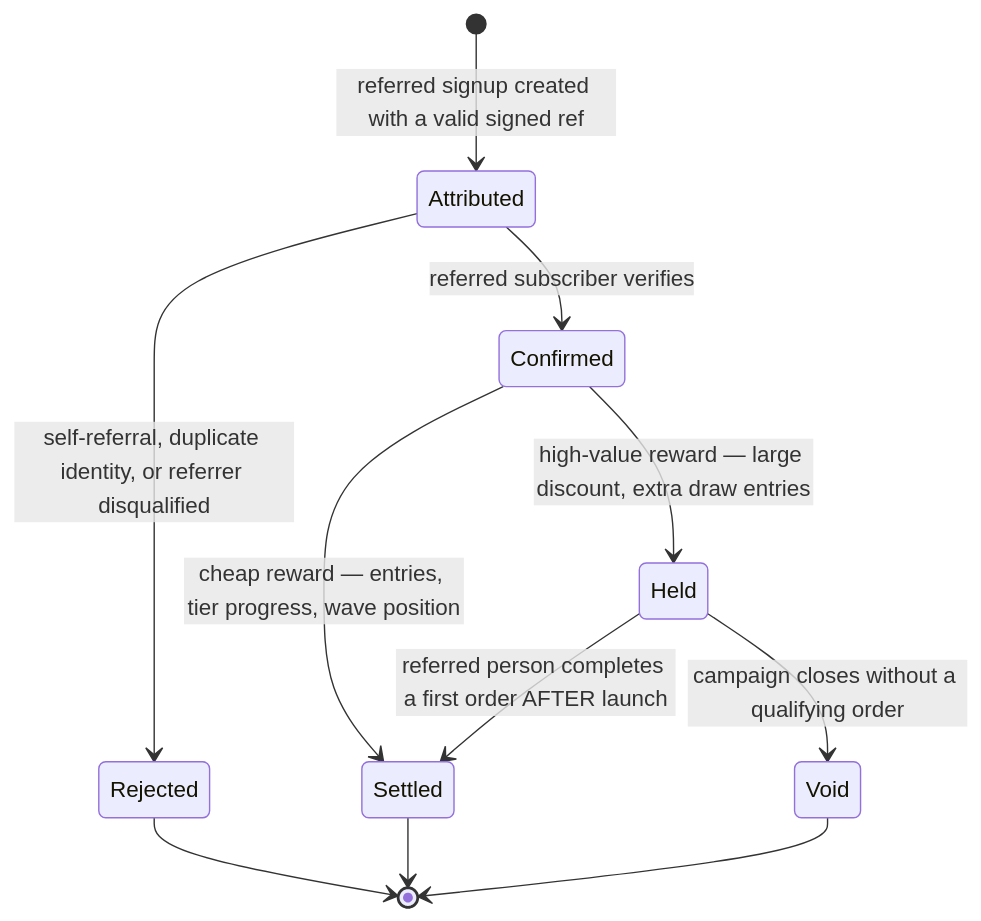
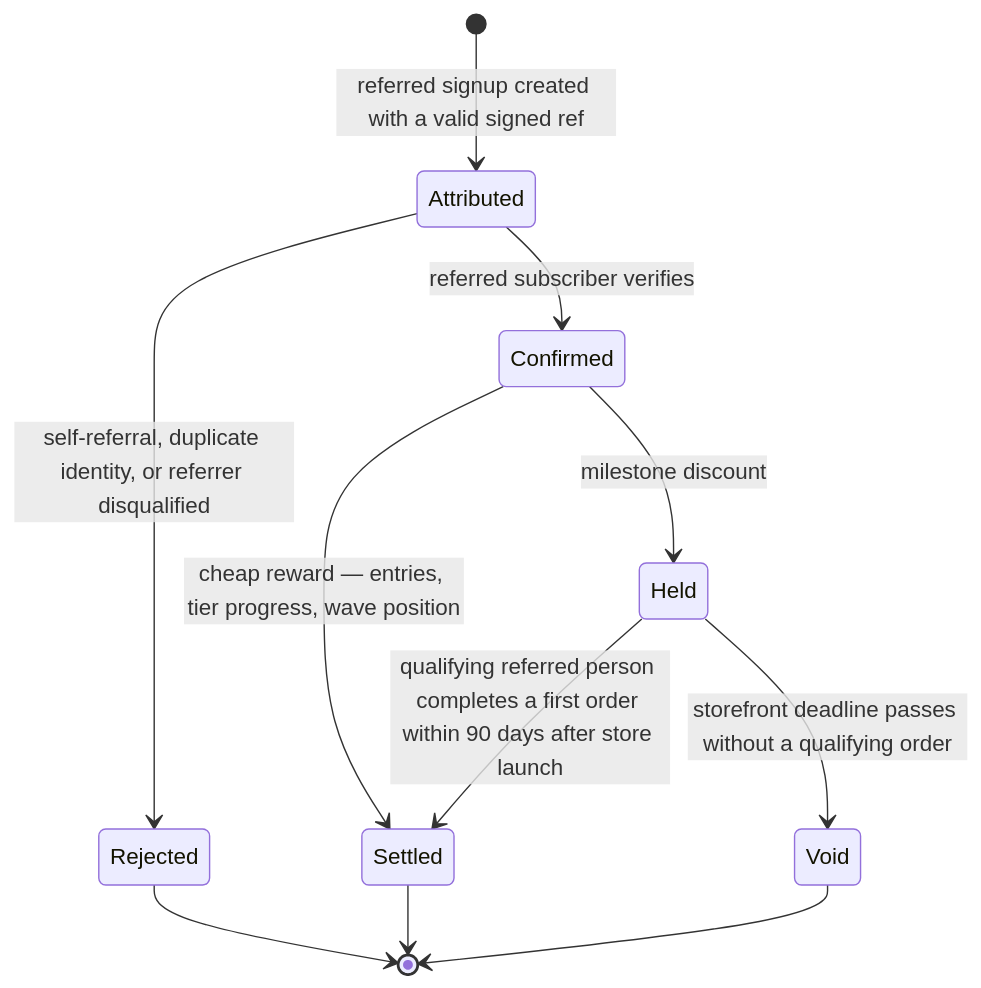
One commit to BorisLovrenovic/valstara-prelaunch changed the fourth of 7 diagrams in docs/architecture/overview.md. Above: the diagram before and after it, drawn with Mermaid. The commit also changed other lines of this file and 35 other files, not shown here.

````diff
--- a/docs/architecture/overview.md
+++ b/docs/architecture/overview.md
@@ -136,13 +136,13 @@
 ```mermaid
 stateDiagram-v2
   [*] --> Attributed: referred signup created with a valid signed ref
   Attributed --> Rejected: self-referral, duplicate identity, or referrer disqualified
   Attributed --> Confirmed: referred subscriber verifies
   Confirmed --> Settled: cheap reward — entries, tier progress, wave position
-  Confirmed --> Held: high-value reward — large discount, extra draw entries
-  Held --> Settled: referred person completes a first order AFTER launch
-  Held --> Void: campaign closes without a qualifying order
+  Confirmed --> Held: milestone discount
+  Held --> Settled: qualifying referred person completes a first order within 90 days after store launch
+  Held --> Void: storefront deadline passes without a qualifying order
   Rejected --> [*]
   Settled --> [*]
   Void --> [*]
 ```
````
